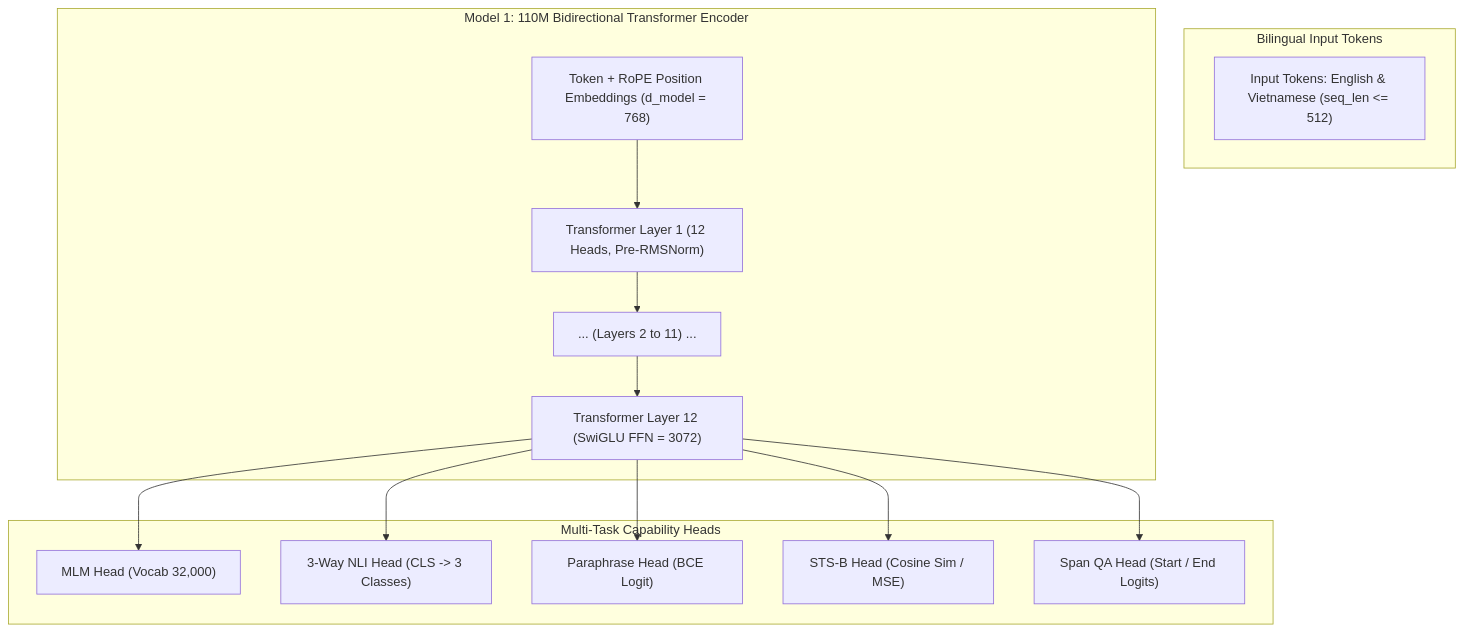
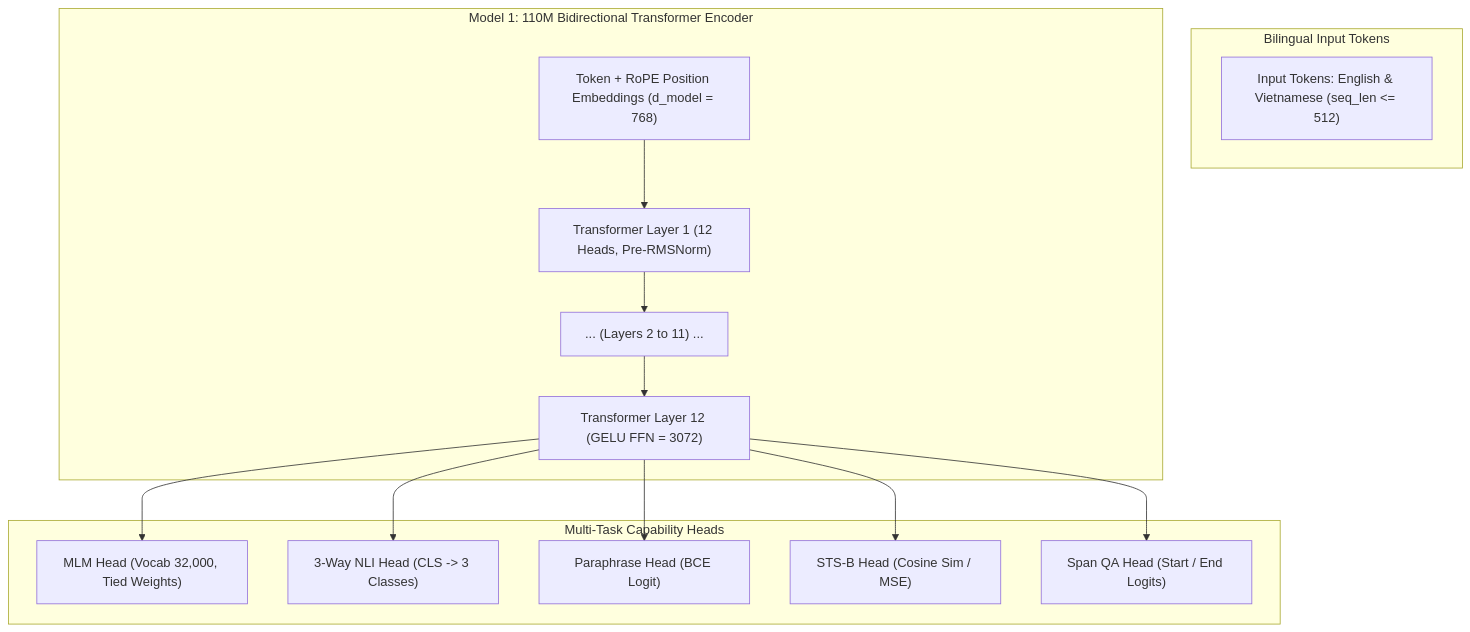
One commit to ntdev204/laris changed the first of 2 diagrams in docs/specifications/NATURAL_LANGUAGE_TRAINING_SPECIFICATION.md. Above: the diagram before and after it, drawn with Mermaid. The commit also changed other lines of this file and 2 other files, not shown here.

````diff
--- a/docs/specifications/NATURAL_LANGUAGE_TRAINING_SPECIFICATION.md
+++ b/docs/specifications/NATURAL_LANGUAGE_TRAINING_SPECIFICATION.md
@@ -52,18 +52,18 @@
 ```mermaid
 flowchart TD
     subgraph Inputs["Bilingual Input Tokens"]
         T["Input Tokens: English & Vietnamese (seq_len <= 512)"]
     end
     subgraph Encoder["Model 1: 110M Bidirectional Transformer Encoder"]
         Emb["Token + RoPE Position Embeddings (d_model = 768)"] --> L1["Transformer Layer 1 (12 Heads, Pre-RMSNorm)"]
         L1 --> Ldots["... (Layers 2 to 11) ..."]
-        Ldots --> L12["Transformer Layer 12 (SwiGLU FFN = 3072)"]
+        Ldots --> L12["Transformer Layer 12 (GELU FFN = 3072)"]
     end
     subgraph Heads["Multi-Task Capability Heads"]
-        L12 --> H_MLM["MLM Head (Vocab 32,000)"]
+        L12 --> H_MLM["MLM Head (Vocab 32,000, Tied Weights)"]
         L12 --> H_NLI["3-Way NLI Head (CLS -> 3 Classes)"]
         L12 --> H_PARA["Paraphrase Head (BCE Logit)"]
         L12 --> H_SIM["STS-B Head (Cosine Sim / MSE)"]
         L12 --> H_QA["Span QA Head (Start / End Logits)"]
     end
 ```
````
